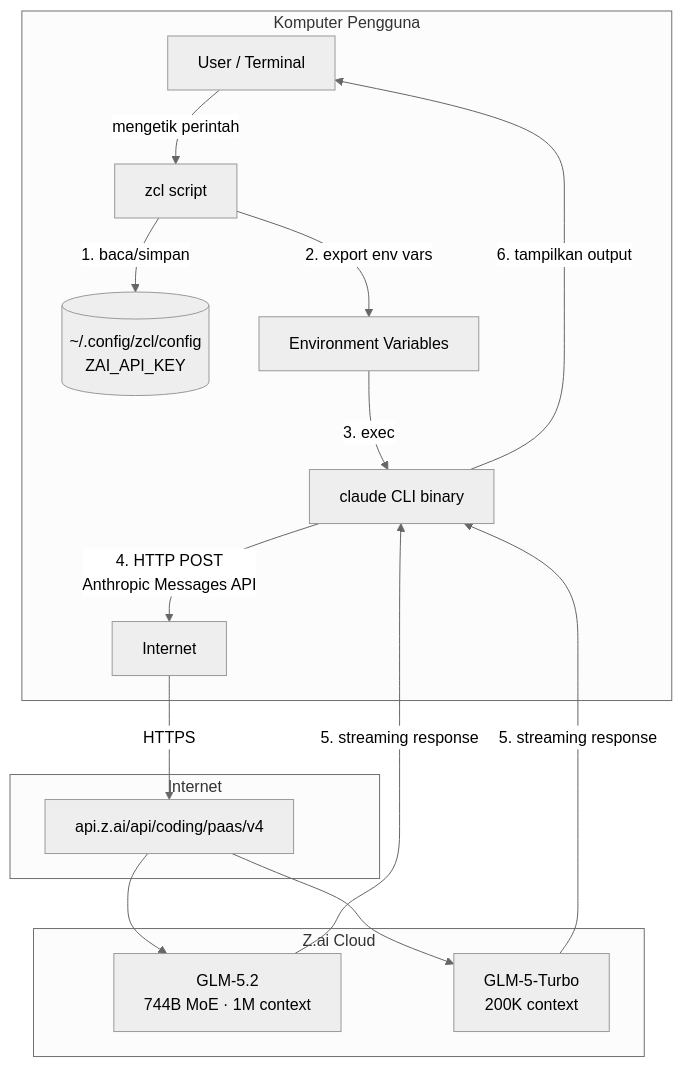
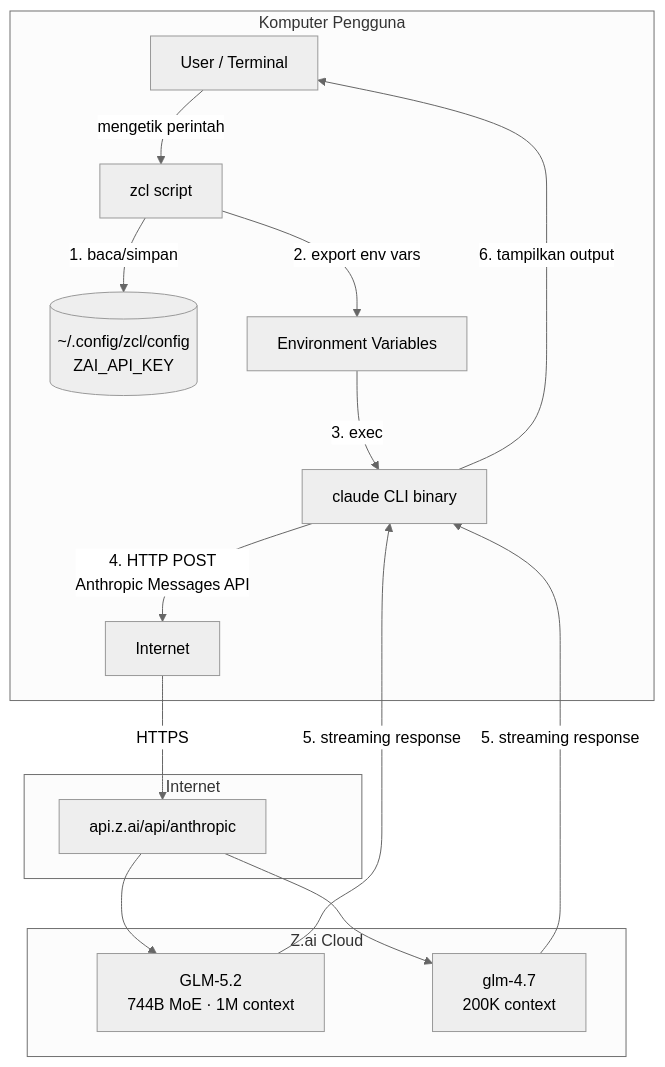
The first of 6 diagrams in README.md (Muhira007/z-ai-claude), drawn with Mermaid (neutral theme) before and after one commit. The commit also changed other lines of this file and 3 other files, not shown here.

````diff
--- a/README.md
+++ b/README.md
@@ -93,23 +93,23 @@
 ```mermaid
 graph TB
     subgraph "Komputer Pengguna"
         A[User / Terminal] -->|mengetik perintah| B[zcl script]
         B -->|1. baca/simpan| C[("~/.config/zcl/config<br/>ZAI_API_KEY")]
         B -->|2. export env vars| D[Environment Variables]
         D -->|3. exec| E[claude CLI binary]
         E -->|4. HTTP POST<br/>Anthropic Messages API| F[Internet]
     end
 
     subgraph "Internet"
-        F -->|HTTPS| G["api.z.ai/api/coding/paas/v4"]
+        F -->|HTTPS| G["api.z.ai/api/anthropic"]
     end
 
     subgraph "Z.ai Cloud"
         G --> H[GLM-5.2<br/>744B MoE · 1M context]
-        G --> I[GLM-5-Turbo<br/>200K context]
+        G --> I[glm-4.7<br/>200K context]
     end
 
     H -->|5. streaming response| E
     I -->|5. streaming response| E
     E -->|6. tampilkan output| A
 ```
````
